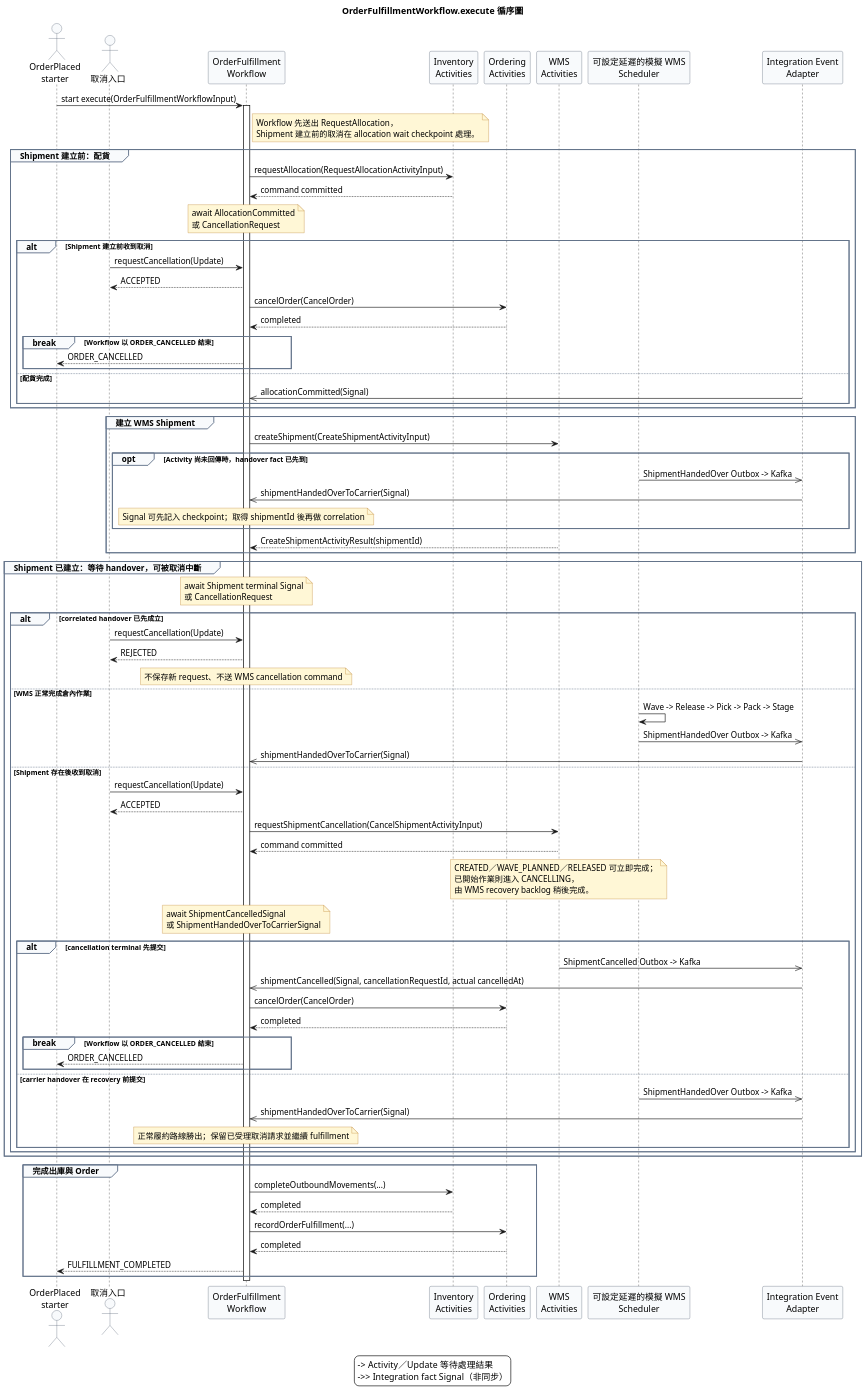
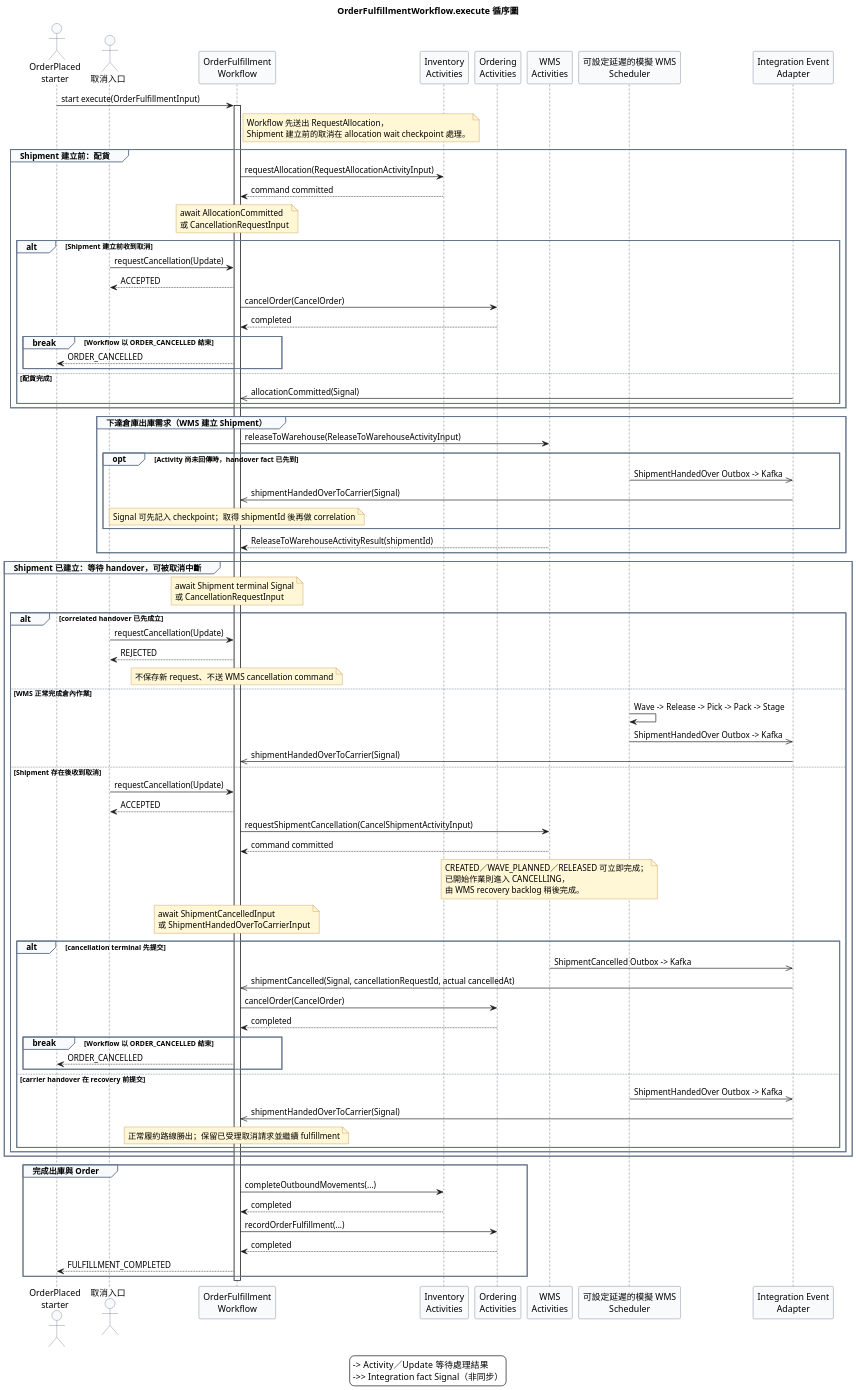
Before and after one commit to zhjiangexe/order-allocation-arch-demo: the diagram in docs/order-fulfillment-process-execute-sequence.puml, drawn with PlantUML. The commit also changed 318 other files, not shown here.

```diff
--- a/docs/order-fulfillment-process-execute-sequence.puml
+++ b/docs/order-fulfillment-process-execute-sequence.puml
@@ -1,115 +1,115 @@
 @startuml
 title OrderFulfillmentWorkflow.execute 循序圖
 
 skinparam defaultFontName "Heiti TC"
 skinparam dpi 150
 skinparam shadowing false
 skinparam backgroundColor white
 skinparam sequenceArrowThickness 1
 skinparam sequenceGroupBorderColor #64748B
 skinparam sequenceGroupBackgroundColor #F8FAFC
 skinparam ParticipantBorderColor #475569
 skinparam ParticipantBackgroundColor #F8FAFC
 skinparam ActorBorderColor #475569
 skinparam ActorBackgroundColor #F8FAFC
 skinparam NoteBorderColor #B7791F
 skinparam NoteBackgroundColor #FFF7D6
 
 actor "OrderPlaced\nstarter" as Starter
 actor "取消入口" as CancelClient
 participant "OrderFulfillment\nWorkflow" as WF
 participant "Inventory\nActivities" as INV
 participant "Ordering\nActivities" as ORD
 participant "WMS\nActivities" as WMS
 participant "可設定延遲的模擬 WMS\nScheduler" as SimWms
 participant "Integration Event\nAdapter" as EventAdapter
 
-Starter -> WF: start execute(OrderFulfillmentWorkflowInput)
+Starter -> WF: start execute(OrderFulfillmentInput)
 activate WF
 note right of WF
   Workflow 先送出 RequestAllocation，
   Shipment 建立前的取消在 allocation wait checkpoint 處理。
 end note
 
 group Shipment 建立前：配貨
   WF -> INV: requestAllocation(RequestAllocationActivityInput)
   INV --> WF: command committed
-  note over WF: await AllocationCommitted\n或 CancellationRequest
+  note over WF: await AllocationCommitted\n或 CancellationRequestInput
 
   alt Shipment 建立前收到取消
     CancelClient -> WF: requestCancellation(Update)
     WF --> CancelClient: ACCEPTED
     WF -> ORD: cancelOrder(CancelOrder)
     ORD --> WF: completed
     break Workflow 以 ORDER_CANCELLED 結束
       WF --> Starter: ORDER_CANCELLED
     end
   else 配貨完成
     EventAdapter ->> WF: allocationCommitted(Signal)
   end
 end
 
-group 建立 WMS Shipment
-  WF -> WMS: createShipment(CreateShipmentActivityInput)
+group 下達倉庫出庫需求（WMS 建立 Shipment）
+  WF -> WMS: releaseToWarehouse(ReleaseToWarehouseActivityInput)
   opt Activity 尚未回傳時，handover fact 已先到
     SimWms ->> EventAdapter: ShipmentHandedOver Outbox -> Kafka
     EventAdapter ->> WF: shipmentHandedOverToCarrier(Signal)
     note over WF: Signal 可先記入 checkpoint；取得 shipmentId 後再做 correlation
   end
-  WMS --> WF: CreateShipmentActivityResult(shipmentId)
+  WMS --> WF: ReleaseToWarehouseActivityResult(shipmentId)
 end
 
 group Shipment 已建立：等待 handover，可被取消中斷
-  note over WF: await Shipment terminal Signal\n或 CancellationRequest
+  note over WF: await Shipment terminal Signal\n或 CancellationRequestInput
 
   alt correlated handover 已先成立
     CancelClient -> WF: requestCancellation(Update)
     WF --> CancelClient: REJECTED
     note over WF: 不保存新 request、不送 WMS cancellation command
   else WMS 正常完成倉內作業
     SimWms -> SimWms: Wave -> Release -> Pick -> Pack -> Stage
     SimWms ->> EventAdapter: ShipmentHandedOver Outbox -> Kafka
     EventAdapter ->> WF: shipmentHandedOverToCarrier(Signal)
   else Shipment 存在後收到取消
     CancelClient -> WF: requestCancellation(Update)
     WF --> CancelClient: ACCEPTED
     WF -> WMS: requestShipmentCancellation(CancelShipmentActivityInput)
     WMS --> WF: command committed
     note over WMS
       CREATED／WAVE_PLANNED／RELEASED 可立即完成；
       已開始作業則進入 CANCELLING，
       由 WMS recovery backlog 稍後完成。
     end note
-    note over WF: await ShipmentCancelledSignal\n或 ShipmentHandedOverToCarrierSignal
+    note over WF: await ShipmentCancelledInput\n或 ShipmentHandedOverToCarrierInput
 
     alt cancellation terminal 先提交
       WMS ->> EventAdapter: ShipmentCancelled Outbox -> Kafka
       EventAdapter ->> WF: shipmentCancelled(Signal, cancellationRequestId, actual cancelledAt)
       WF -> ORD: cancelOrder(CancelOrder)
       ORD --> WF: completed
       break Workflow 以 ORDER_CANCELLED 結束
         WF --> Starter: ORDER_CANCELLED
       end
     else carrier handover 在 recovery 前提交
       SimWms ->> EventAdapter: ShipmentHandedOver Outbox -> Kafka
       EventAdapter ->> WF: shipmentHandedOverToCarrier(Signal)
       note over WF: 正常履約路線勝出；保留已受理取消請求並繼續 fulfillment
     end
   end
 end
 
 group 完成出庫與 Order
   WF -> INV: completeOutboundMovements(...)
   INV --> WF: completed
   WF -> ORD: recordOrderFulfillment(...)
   ORD --> WF: completed
   WF --> Starter: FULFILLMENT_COMPLETED
 end
 
 deactivate WF
 
 legend bottom
   ->  Activity／Update 等待處理結果
   ->> Integration fact Signal（非同步）
 endlegend
 @enduml
```
